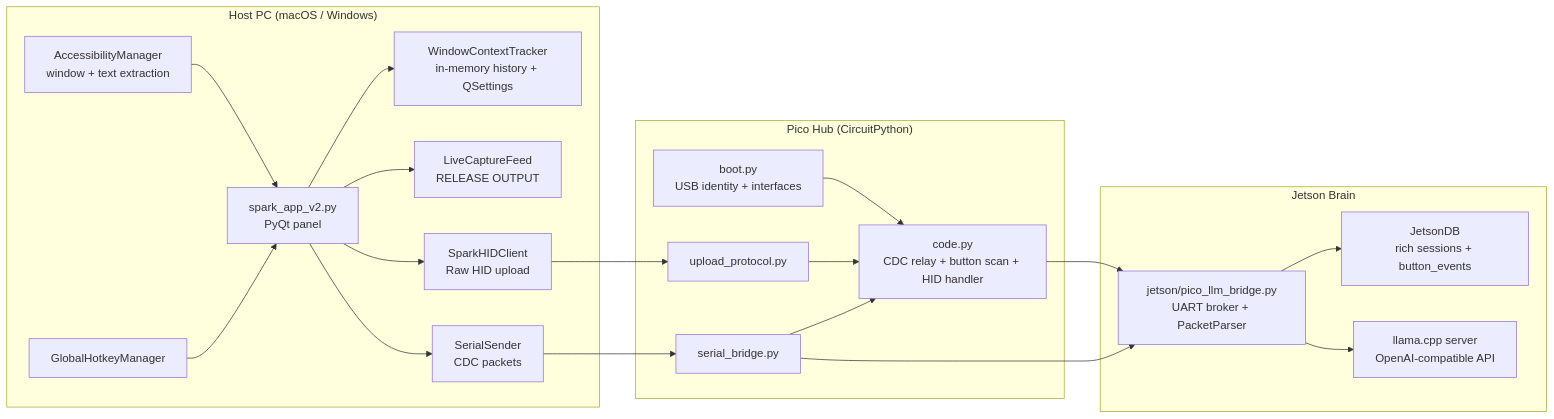
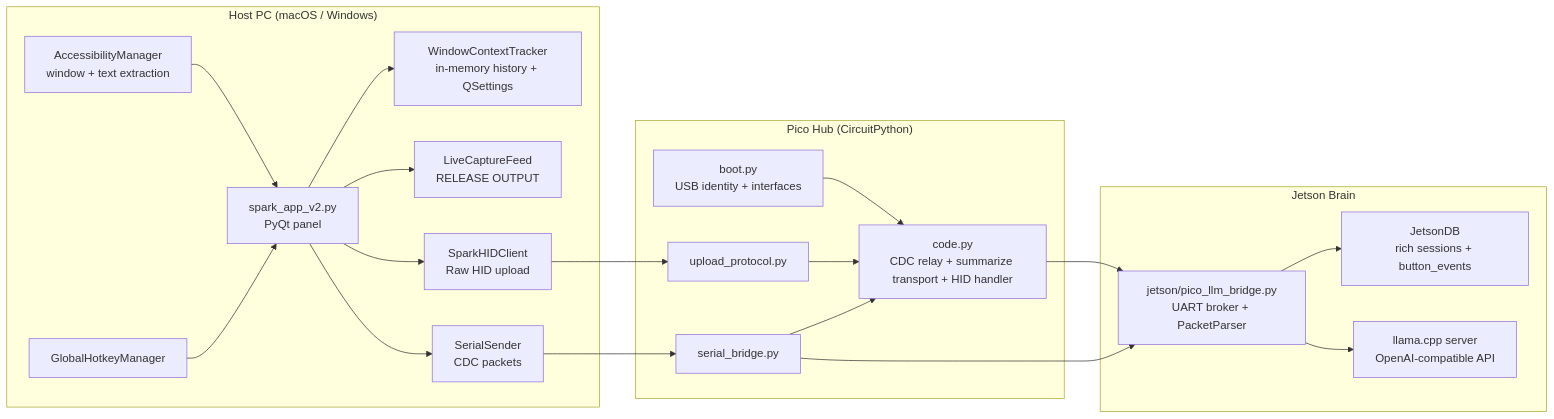
The diagram in diagram.md (Tatyana-AC/SPARK), drawn with Mermaid before and after one commit. The commit also changed 33 other files, not shown here.

````diff
--- a/diagram.md
+++ b/diagram.md
@@ -5,43 +5,43 @@
 ```mermaid
 flowchart LR
     subgraph Host["Host PC (macOS / Windows)"]
         UI["spark_app_v2.py\nPyQt panel"]
         AX["AccessibilityManager\nwindow + text extraction"]
         Tracker["WindowContextTracker\nin-memory history + QSettings"]
         Live["LiveCaptureFeed\nRELEASE OUTPUT"]
         Hotkeys["GlobalHotkeyManager"]
         HID["SparkHIDClient\nRaw HID upload"]
         CDC["SerialSender\nCDC packets"]
     end
 
     subgraph Pico["Pico Hub (CircuitPython)"]
         Boot["boot.py\nUSB identity + interfaces"]
-        Code["code.py\nCDC relay + button scan + HID handler"]
+        Code["code.py\nCDC relay + summarize transport + HID handler"]
         Upload["upload_protocol.py"]
         Bridge["serial_bridge.py"]
     end
 
     subgraph Jetson["Jetson Brain"]
         Receiver["jetson/pico_llm_bridge.py\nUART broker + PacketParser"]
         JDB["JetsonDB\nrich sessions + button_events"]
         LLM["llama.cpp server\nOpenAI-compatible API"]
     end
 
     AX --> UI
     UI --> Tracker
     UI --> Live
     Hotkeys --> UI
     UI --> HID
     UI --> CDC
 
     HID --> Upload
     CDC --> Bridge
     Boot --> Code
     Upload --> Code
     Bridge --> Code
 
     Bridge --> Receiver
     Code --> Receiver
     Receiver --> JDB
     Receiver --> LLM
 ```
````
